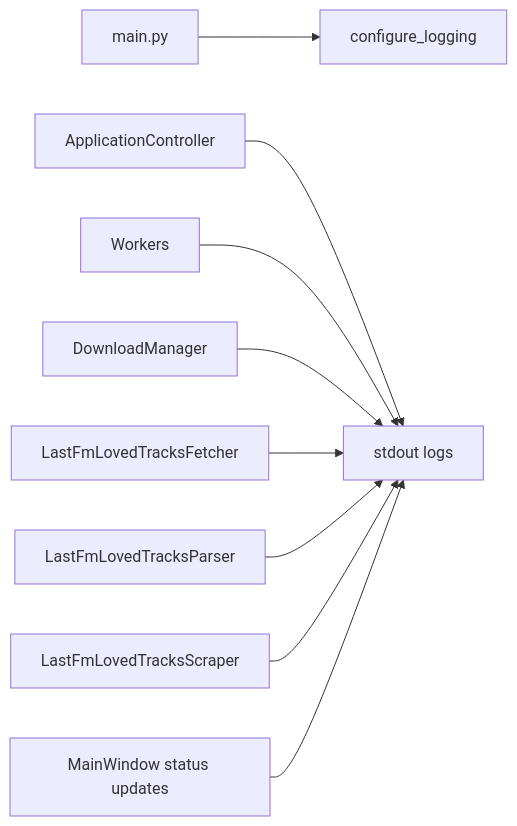
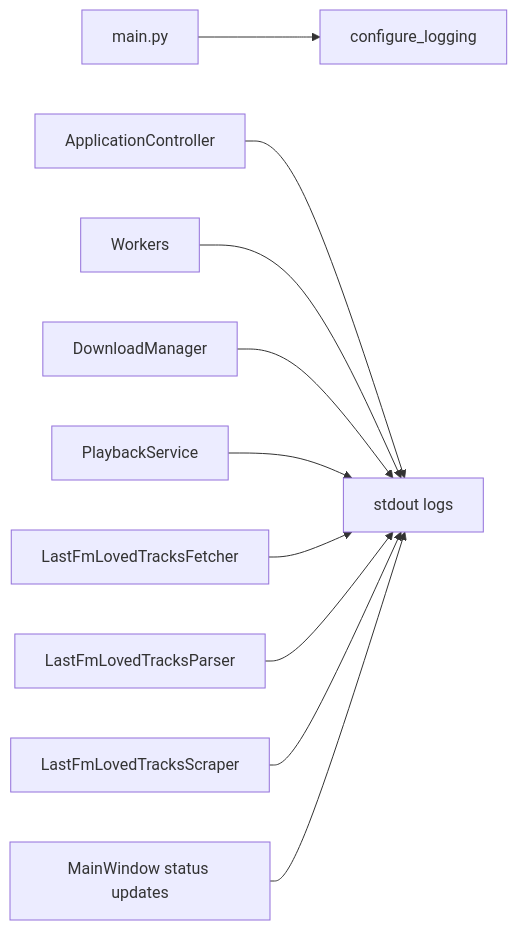
Before and after one commit to marcelpetrick/myLastFmPlayer: the ninth of 9 diagrams in documents/03_ARCHITECTURE.md, drawn with Mermaid. The commit also changed other lines of this file and 10 other files, not shown here.

````diff
--- a/documents/03_ARCHITECTURE.md
+++ b/documents/03_ARCHITECTURE.md
@@ -285,11 +319,12 @@
 ```mermaid
 flowchart LR
     Main[main.py] --> Logging[configure_logging]
     Controller[ApplicationController] --> Logs[stdout logs]
     Worker[Workers] --> Logs
     Download[DownloadManager] --> Logs
+    Playback[PlaybackService] --> Logs
     Fetcher[LastFmLovedTracksFetcher] --> Logs
     Parser[LastFmLovedTracksParser] --> Logs
     Scraper[LastFmLovedTracksScraper] --> Logs
     UI[MainWindow status updates] --> Logs
 ```
````
